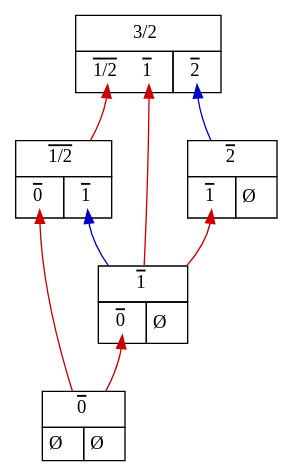
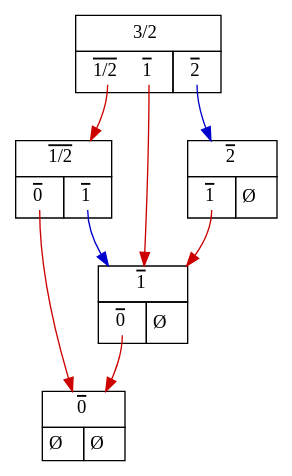
One commit to mroughan/SurrealNumbers.jl changed the diagram in examples/Data/addition_ex_11.dot. Above: the diagram before and after it, drawn with Graphviz. The commit also changed 179 other files, not shown here.

```diff
--- a/examples/Data/addition_ex_11.dot
+++ b/examples/Data/addition_ex_11.dot
@@ -1,39 +1,39 @@
 digraph "1.5" {
    node_1 [shape=none,margin=0,label=
          <<TABLE BORDER="0" CELLBORDER="1" CELLSPACING="0" CELLPADDING="4">
          <TR><TD  CELLPADDING="5pt" COLSPAN="2">3/2</TD></TR>
          <TR><TD PORT="L"> <TABLE BORDER="0" CELLBORDER="0" CELLPADDING="0"><TR><TD CELLPADDING="1pt" PORT="1/2,1"> <o>1/2</o> </TD> &nbsp; <TD CELLPADDING="1pt" PORT="1,2"> <o>1</o> </TD> &nbsp; </TR></TABLE> </TD><TD PORT="R"> <TABLE BORDER="0" CELLBORDER="0" CELLPADDING="0"><TR><TD CELLPADDING="1pt"  PORT="2,1"> <o>2</o> </TD> &nbsp; </TR></TABLE> </TD></TR>
          </TABLE>>,
          ];
-   node_1:"1/2,1" -> node_2 [color="red3", dir=back];
+   node_1:"1/2,1" -> node_2 [color="red3", dir=forward];
    node_2 [shape=none,margin=0,label=
          <<TABLE BORDER="0" CELLBORDER="1" CELLSPACING="0" CELLPADDING="4">
          <TR><TD  CELLPADDING="5pt" COLSPAN="2"><o>1/2</o></TD></TR>
          <TR><TD PORT="L"> <TABLE BORDER="0" CELLBORDER="0" CELLPADDING="0"><TR><TD CELLPADDING="1pt" PORT="0,1"> <o>0</o> </TD> &nbsp; </TR></TABLE> </TD><TD PORT="R"> <TABLE BORDER="0" CELLBORDER="0" CELLPADDING="0"><TR><TD CELLPADDING="1pt"  PORT="1,1"> <o>1</o> </TD> &nbsp; </TR></TABLE> </TD></TR>
          </TABLE>>,
          ];
-   node_2:"0,1" -> node_3 [color="red3", dir=back];
+   node_2:"0,1" -> node_3 [color="red3", dir=forward];
    node_3 [shape=none,margin=0,label=
          <<TABLE BORDER="0" CELLBORDER="1" CELLSPACING="0" CELLPADDING="4">
          <TR><TD  CELLPADDING="5pt" COLSPAN="2"><o>0</o></TD></TR>
          <TR><TD PORT="L"> Ø </TD><TD PORT="R"> Ø </TD></TR>
          </TABLE>>,
          ];
-   node_2:"1,1" -> node_4 [color="blue3", dir=back];
+   node_2:"1,1" -> node_4 [color="blue3", dir=forward];
    node_4 [shape=none,margin=0,label=
          <<TABLE BORDER="0" CELLBORDER="1" CELLSPACING="0" CELLPADDING="4">
          <TR><TD  CELLPADDING="5pt" COLSPAN="2"><o>1</o></TD></TR>
          <TR><TD PORT="L"> <TABLE BORDER="0" CELLBORDER="0" CELLPADDING="0"><TR><TD CELLPADDING="1pt" PORT="0,1"> <o>0</o> </TD> &nbsp; </TR></TABLE> </TD><TD PORT="R"> Ø </TD></TR>
          </TABLE>>,
          ];
-   node_4:"0,1" -> node_3 [color="red3", dir=back];
-   node_1:"1,2" -> node_4 [color="red3", dir=back];
-   node_1:"2,1" -> node_5 [color="blue3", dir=back];
+   node_4:"0,1" -> node_3 [color="red3", dir=forward];
+   node_1:"1,2" -> node_4 [color="red3", dir=forward];
+   node_1:"2,1" -> node_5 [color="blue3", dir=forward];
    node_5 [shape=none,margin=0,label=
          <<TABLE BORDER="0" CELLBORDER="1" CELLSPACING="0" CELLPADDING="4">
          <TR><TD  CELLPADDING="5pt" COLSPAN="2"><o>2</o></TD></TR>
          <TR><TD PORT="L"> <TABLE BORDER="0" CELLBORDER="0" CELLPADDING="0"><TR><TD CELLPADDING="1pt" PORT="1,1"> <o>1</o> </TD> &nbsp; </TR></TABLE> </TD><TD PORT="R"> Ø </TD></TR>
          </TABLE>>,
          ];
-   node_5:"1,1" -> node_4 [color="red3", dir=back];
+   node_5:"1,1" -> node_4 [color="red3", dir=forward];
 }
```
